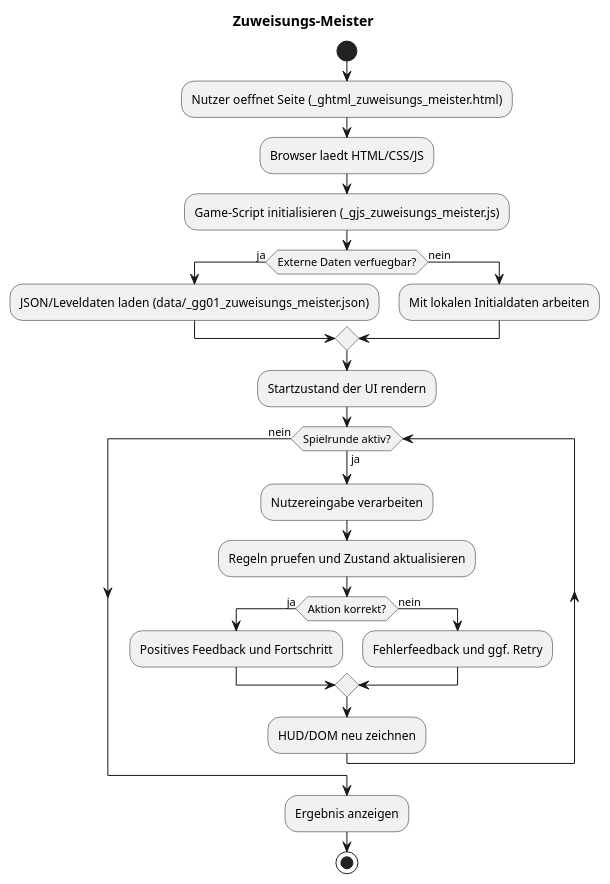
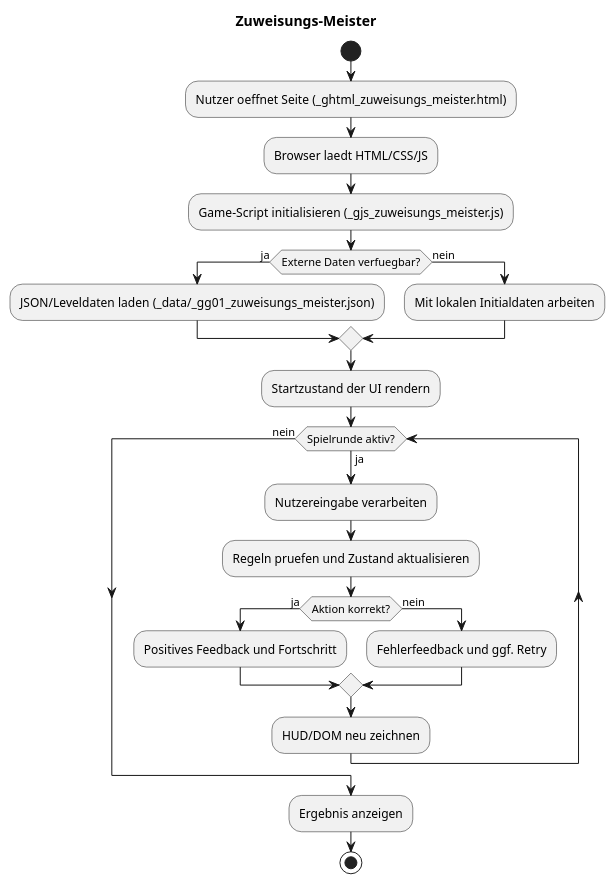
The diagram in databases/Teil02 FIAE/database/Anforderungen, Analyse, Projekt & Prozess/Ticketsystem/zuweisungs_meister/__dokumentation/__02_plans/__activity_diagram.puml (Thor-the-Dwarf/easyPV), drawn with PlantUML before and after one commit. The commit also changed 1258 other files, not shown here.

```diff
--- a/databases/Teil02 FIAE/database/Anforderungen, Analyse, Projekt & Prozess/Ticketsystem/zuweisungs_meister/__dokumentation/__02_plans/__activity_diagram.puml
+++ b/databases/Teil02 FIAE/database/Anforderungen, Analyse, Projekt & Prozess/Ticketsystem/zuweisungs_meister/__dokumentation/__02_plans/__activity_diagram.puml
@@ -1,25 +1,25 @@
 @startuml
 title Zuweisungs-Meister
 start
 :Nutzer oeffnet Seite (_ghtml_zuweisungs_meister.html);
 :Browser laedt HTML/CSS/JS;
 :Game-Script initialisieren (_gjs_zuweisungs_meister.js);
 if (Externe Daten verfuegbar?) then (ja)
-  :JSON/Leveldaten laden (data/_gg01_zuweisungs_meister.json);
+  :JSON/Leveldaten laden (_data/_gg01_zuweisungs_meister.json);
 else (nein)
   :Mit lokalen Initialdaten arbeiten;
 endif
 :Startzustand der UI rendern;
 while (Spielrunde aktiv?) is (ja)
   :Nutzereingabe verarbeiten;
   :Regeln pruefen und Zustand aktualisieren;
   if (Aktion korrekt?) then (ja)
     :Positives Feedback und Fortschritt;
   else (nein)
     :Fehlerfeedback und ggf. Retry;
   endif
   :HUD/DOM neu zeichnen;
 endwhile (nein)
 :Ergebnis anzeigen;
 stop
 @enduml
```
